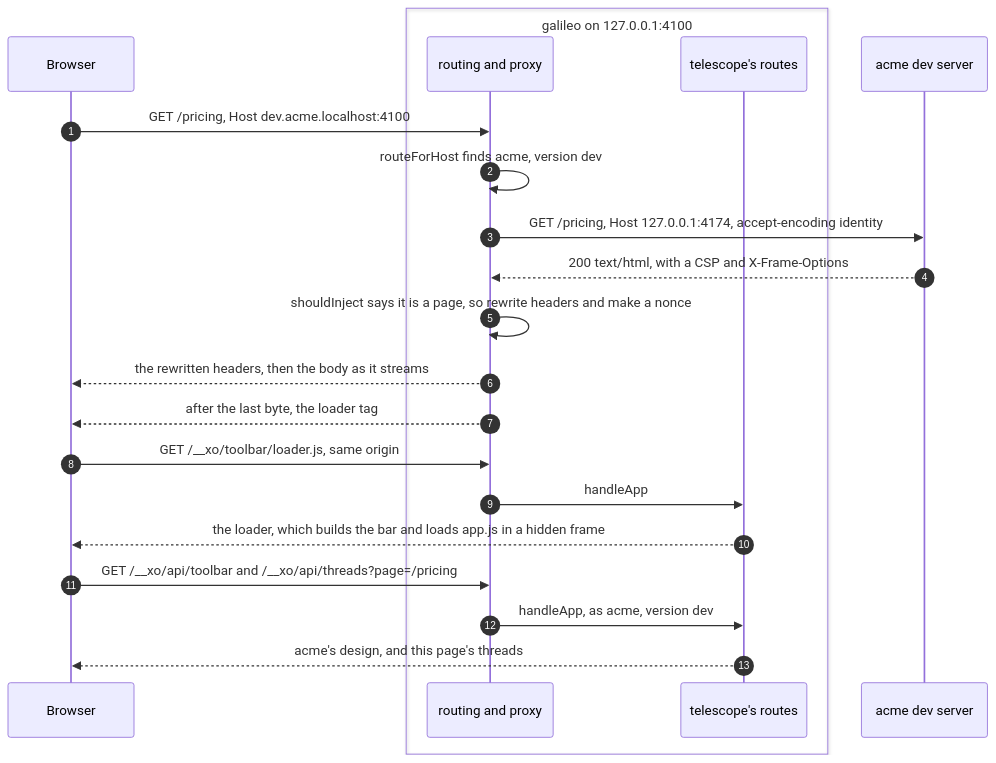
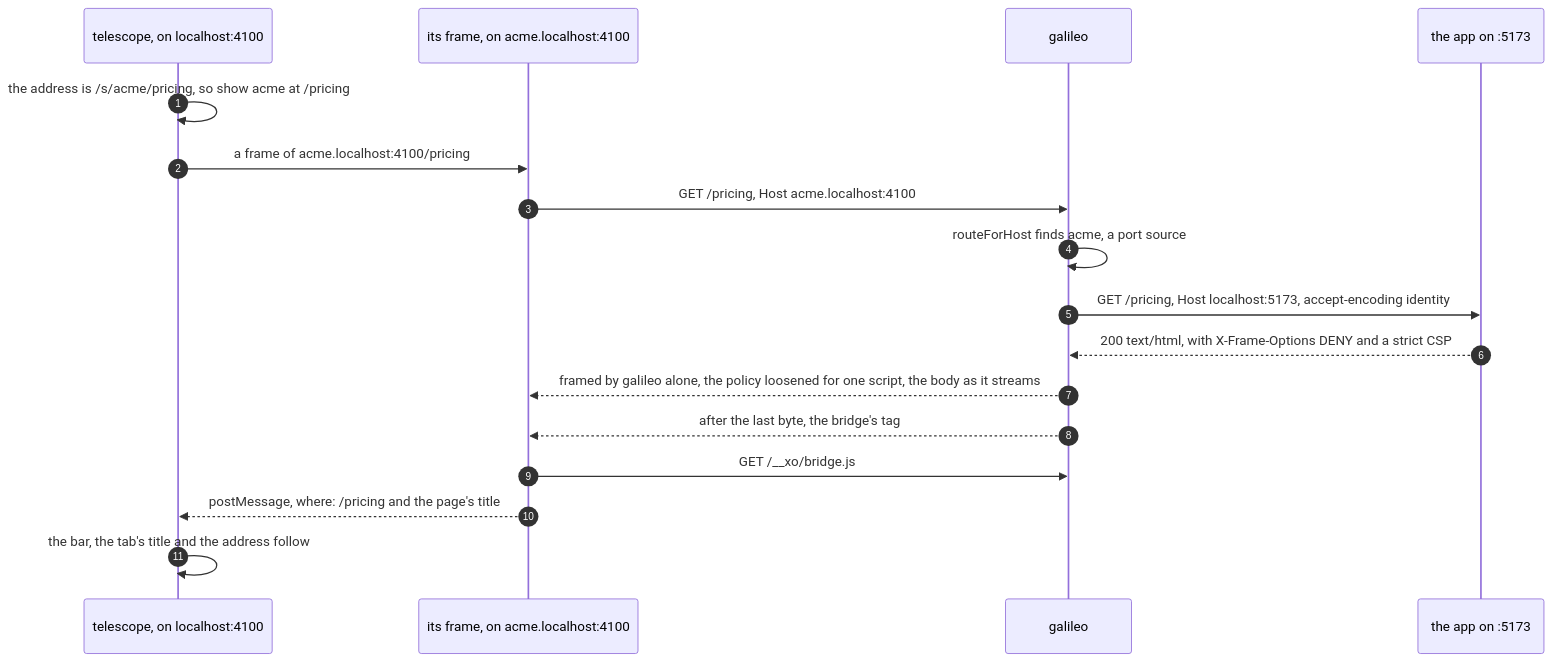
One commit to quirq-ai/galileo changed the second of 8 diagrams in docs/ARCHITECTURE.md. Above: the diagram before and after it, drawn with Mermaid. The commit also changed other lines of this file and 51 other files, not shown here.

````diff
--- a/docs/ARCHITECTURE.md
+++ b/docs/ARCHITECTURE.md
@@ -64,23 +61,19 @@
 ```mermaid
 sequenceDiagram
   autonumber
-  participant B as Browser
-  box galileo on 127.0.0.1:4100
-    participant G as routing and proxy
-    participant T as telescope's routes
-  end
-  participant A as acme dev server
-  B->>G: GET /pricing, Host dev.acme.localhost:4100
-  G->>G: routeForHost finds acme, version dev
-  G->>A: GET /pricing, Host 127.0.0.1:4174, accept-encoding identity
-  A-->>G: 200 text/html, with a CSP and X-Frame-Options
-  G->>G: shouldInject says it is a page, so rewrite headers and make a nonce
-  G-->>B: the rewritten headers, then the body as it streams
-  G-->>B: after the last byte, the loader tag
-  B->>G: GET /__xo/toolbar/loader.js, same origin
-  G->>T: handleApp
-  T-->>B: the loader, which builds the bar and loads app.js in a hidden frame
-  B->>G: GET /__xo/api/toolbar and /__xo/api/threads?page=/pricing
-  G->>T: handleApp, as acme, version dev
-  T-->>B: acme's design, and this page's threads
+  participant T as telescope, on localhost:4100
+  participant F as its frame, on acme.localhost:4100
+  participant G as galileo
+  participant A as the app on :5173
+  T->>T: the address is /s/acme/pricing, so show acme at /pricing
+  T->>F: a frame of acme.localhost:4100/pricing
+  F->>G: GET /pricing, Host acme.localhost:4100
+  G->>G: routeForHost finds acme, a port source
+  G->>A: GET /pricing, Host localhost:5173, accept-encoding identity
+  A-->>G: 200 text/html, with X-Frame-Options DENY and a strict CSP
+  G-->>F: framed by galileo alone, the policy loosened for one script, the body as it streams
+  G-->>F: after the last byte, the bridge's tag
+  F->>G: GET /__xo/bridge.js
+  F-->>T: postMessage, where: /pricing and the page's title
+  T->>T: the bar, the tab's title and the address follow
 ```
````
